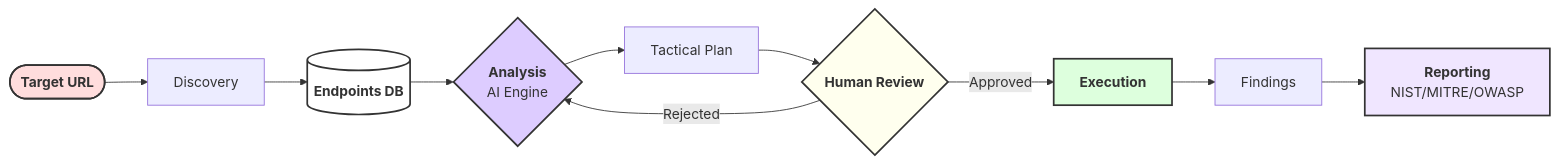
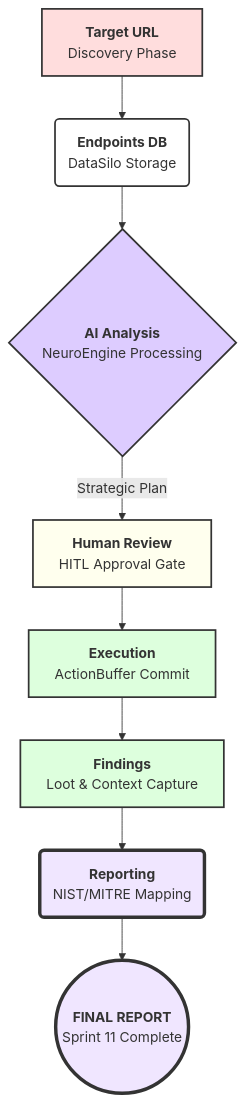
The second of 2 diagrams in README.md (JoseMariaMicoli/VaporTrace), drawn with Mermaid before and after one commit. The commit also changed other lines of this file, not shown here.

Commit message:
Fixed README mermaid

````diff
--- a/README.md
+++ b/README.md
@@ -262,40 +261,29 @@
 ```mermaid
-graph LR
-    %% Class Definitions
+graph TD
+    %% Global Styles
     classDef startNode fill:#fdd,stroke:#333,stroke-width:2px;
     classDef database fill:#fff,stroke:#333,stroke-width:2px;
     classDef engine fill:#dcf,stroke:#333,stroke-width:2px;
     classDef review fill:#ffe,stroke:#333,stroke-width:2px;
     classDef active fill:#dfd,stroke:#333,stroke-width:2px;
-    classDef report fill:#f0e6ff,stroke:#333,stroke-width:2px;
+    classDef report fill:#f0e6ff,stroke:#333,stroke-width:4px;
 
-    %% Nodes
-    A([<b>Target URL</b>]) 
-    B[Discovery]
-    C[(<b>Endpoints DB</b>)]
-    D{<b>Analysis</b><br/>AI Engine}
-    E[Tactical Plan]
-    F{<b>Human Review</b>}
-    G[<b>Execution</b>]
-    H[Findings]
-    I[<b>Reporting</b><br/>NIST/MITRE/OWASP]
-
-    %% Flow
-    A --> B
-    B --> C
-    C --> D
-    D --> E
-    E --> F
-    F -- Approved --> G
-    F -- Rejected --> D
-    G --> H
-    H --> I
+    %% Workflow Steps
+    A[<b>Target URL</b><br/>Discovery Phase] --> B(<b>Endpoints DB</b><br/>DataSilo Storage)
+    B --> C{<b>AI Analysis</b><br/>NeuroEngine Processing}
+    
+    C -->|Strategic Plan| D[<b>Human Review</b><br/>HITL Approval Gate]
+    D --> E[<b>Execution</b><br/>ActionBuffer Commit]
+    
+    E --> F[<b>Findings</b><br/>Loot & Context Capture]
+    F --> G(<b>Reporting</b><br/>NIST/MITRE Mapping)
+    G --> H((<b>FINAL REPORT</b><br/>Sprint 11 Complete))
 
     %% Assign Classes
     class A startNode;
-    class C database;
-    class D engine;
-    class F review;
-    class G active;
-    class I report;
+    class B database;
+    class C engine;
+    class D review;
+    class E,F active;
+    class G,H report;
 ```
````
